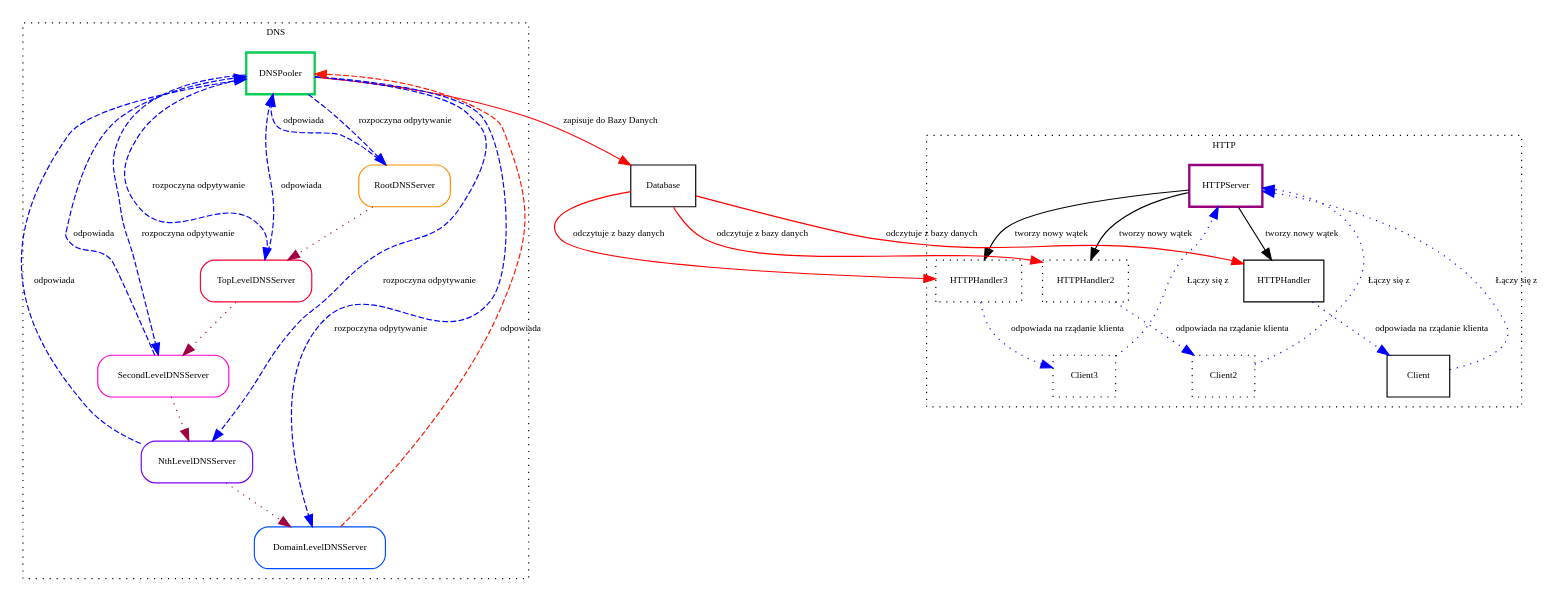
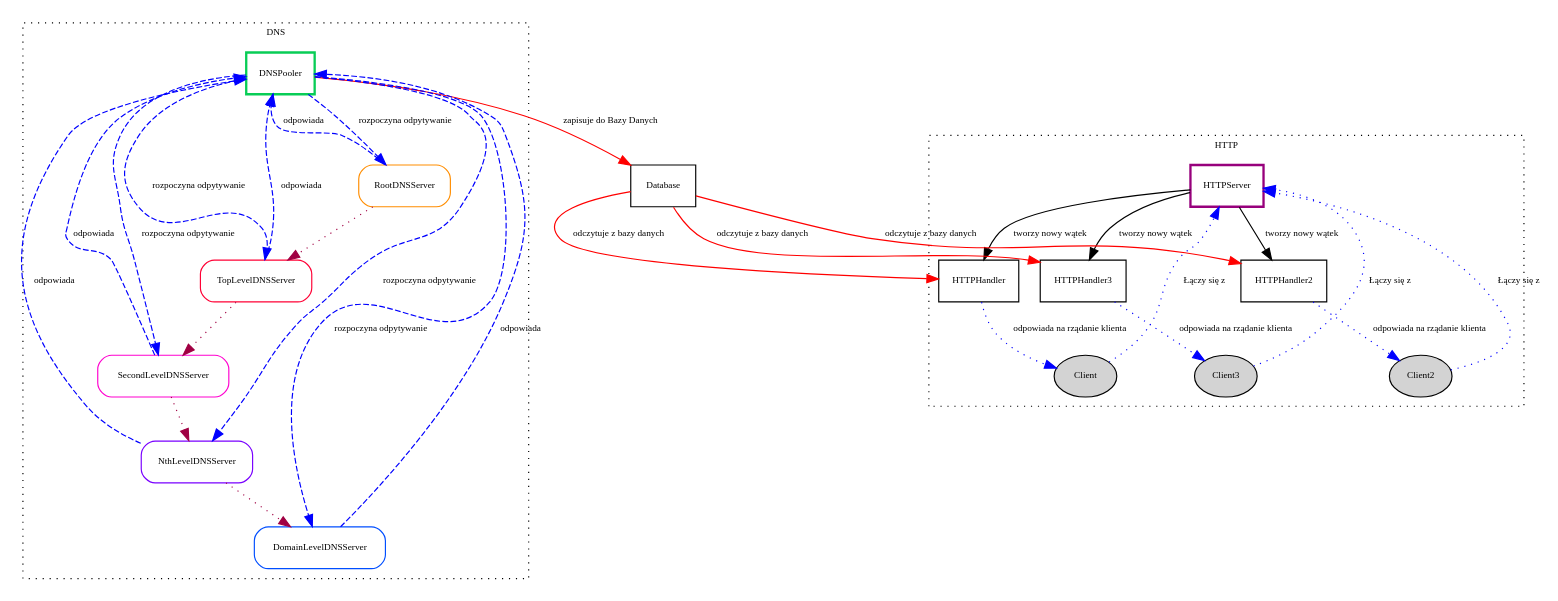
Before and after one commit to Aerial94/TIN: the diagram in doc/graph.dot, drawn with Graphviz. The commit also changed 3 other files, not shown here.

Commit message:
Poprawka legendy do diagramu Poprawa literówki Dodanie sytuacji wyjątkowej Dodanie podziałów stron

```diff
--- a/doc/graph.dot
+++ b/doc/graph.dot
@@ -1,134 +1,141 @@
 digraph G {
         fontname = "Bitstream Vera Sans"
         fontsize = 8
         ordering=out
         overlap = scale;
 
         node [
                 fontname = "Bitstream Vera Sans"
                 fontsize = 8
                 shape = "record"
                 nodesep=5.0
         ]
 
         edge [
                 fontname = "Bitstream Vera Sans"
                 fontsize = 8
         ]
 
         HTTPServer [
                 label = "{HTTPServer}"
                 color = "#97007C"
                 style = "bold"
         ]
 
         Database [
                 label = "Database"
         ]
 
         Client[
-                label = "{Client}"
+                label = "Client"
+                shape = "ellipse"
+                style=filled
         ]
 
         HTTPHandler[
                 label = "{HTTPHandler}"
         ]
 
         Client2[
-                label = "{Client2}"
+                label = "Client2"
                 style="dotted"
+                shape = "ellipse"
+                style=filled
         ]
         HTTPHandler2[
-                label = "{HTTPHandler2}"
-                style="dotted"
+                label = "HTTPHandler2"
         ]
         Client3[
-                label = "{Client3}"
+                label = "Client3"
                 style="dotted"
+                shape = "ellipse"
+                style=filled
         ]
         HTTPHandler3[
-                label = "{HTTPHandler3}"
-                style="dotted"
+                label = "HTTPHandler3"
         ]
         subgraph cluster_1 {
             label = "HTTP"
         graph[style=dotted];
-        Client2 -> HTTPServer [label="Łączy się z" style = "dotted", color="blue"]
-        Client3 -> HTTPServer [label="Łączy się z" style = "dotted", color="blue"]
+        Client -> HTTPServer [label="Łączy się z" style = "dotted",
+               color="blue"]
+        Client2 -> HTTPServer [label="Łączy się z" style = "dotted",
+        color="blue"]
+        Client3 -> HTTPServer [label="Łączy się z" style = "dotted",
+        color="blue"]
         HTTPHandler2 -> Client2 [label="odpowiada na rządanie klienta" style = "dotted", color="blue"]
         HTTPHandler3 -> Client3 [label="odpowiada na rządanie klienta" style = "dotted", color="blue"]
         HTTPServer -> HTTPHandler2 [label = "tworzy nowy wątek"]
-        Client -> HTTPServer [label="Łączy się z" style = "dotted", color="blue"]
         HTTPHandler -> Client [label="odpowiada na rządanie klienta" style = "dotted", color="blue"]
         HTTPServer -> HTTPHandler [label = "tworzy nowy wątek"]
         HTTPServer -> HTTPHandler3 [label = "tworzy nowy wątek"]
         }
         Database -> HTTPHandler[label="odczytuje z bazy danych" style =
         "solid", color="red"]
         Database -> HTTPHandler2 [label="odczytuje z bazy danych" style =
         "solid", color="red"]
         Database -> HTTPHandler3 [label="odczytuje z bazy danych" style =
         "solid", color="red"]
 
         DNSPooler[
-                label = "{DNSPooler}"
+                label = "DNSPooler"
                 style="solid"
                 color="#08CD56"
                 style = "bold"
         ]
         DNSPooler -> Database [label="zapisuje do Bazy Danych" style =
         "solid", color="red"]
 
         RootDNSServer[
                 label = "RootDNSServer"
                 style="solid"
                 color="#FF8D00"
                 style = "rounded"
         ]
         TopLevelDNSServer[
                 label = "TopLevelDNSServer"
                 style="solid"
                 color="#FF0035"
                 style = "rounded"
         ]
         SecondLevelDNSServer[
                 label = "SecondLevelDNSServer"
                 style="solid"
                 color="#FF00CF"
                 style = "rounded"
         ]
         NthLevelDNSServer[
                 label = "NthLevelDNSServer"
                 style="dashed"
                 color="#7900FF"
                 style = "rounded"
         ]
         DomainLevelDNSServer[
                 label = "DomainLevelDNSServer"
                 style="solid"
                 color="#004EFF"
                 style = "rounded"
         ]
         subgraph cluster_0 {
             label = "DNS"
-        graph[style=dotted];
+        graph[style=dotted]
         RootDNSServer -> TopLevelDNSServer [style="dotted"
         color="#A00043"]
         TopLevelDNSServer -> SecondLevelDNSServer [style="dotted"
         color="#A00043"]
         SecondLevelDNSServer -> NthLevelDNSServer [style="dotted"
         color="#A00043"]
         NthLevelDNSServer -> DomainLevelDNSServer [style="dotted"
         color="#A00043"]
         DNSPooler -> RootDNSServer [label="rozpoczyna odpytywanie" style = "dashed", color="blue"]
         RootDNSServer -> DNSPooler [label="odpowiada" style = "dashed", color="blue"]
         DNSPooler -> TopLevelDNSServer [label="rozpoczyna odpytywanie" style = "dashed", color="blue"]
         TopLevelDNSServer -> DNSPooler [label="odpowiada" style = "dashed", color="blue"]
         DNSPooler -> SecondLevelDNSServer [label="rozpoczyna odpytywanie" style = "dashed", color="blue"]
         SecondLevelDNSServer -> DNSPooler [label="odpowiada" style = "dashed", color="blue"]
         DNSPooler -> NthLevelDNSServer [label="rozpoczyna odpytywanie" style = "dashed", color="blue"]
         NthLevelDNSServer -> DNSPooler [label="odpowiada" style = "dashed", color="blue"]
         DNSPooler -> DomainLevelDNSServer [label="rozpoczyna odpytywanie" style = "dashed", color="blue"]
-        DomainLevelDNSServer -> DNSPooler [label="odpowiada" style = "dashed", color="#FF1900"]
- }
+        DomainLevelDNSServer -> DNSPooler [label="odpowiada" style = "dashed" color="blue"]
+        }
 }
```
